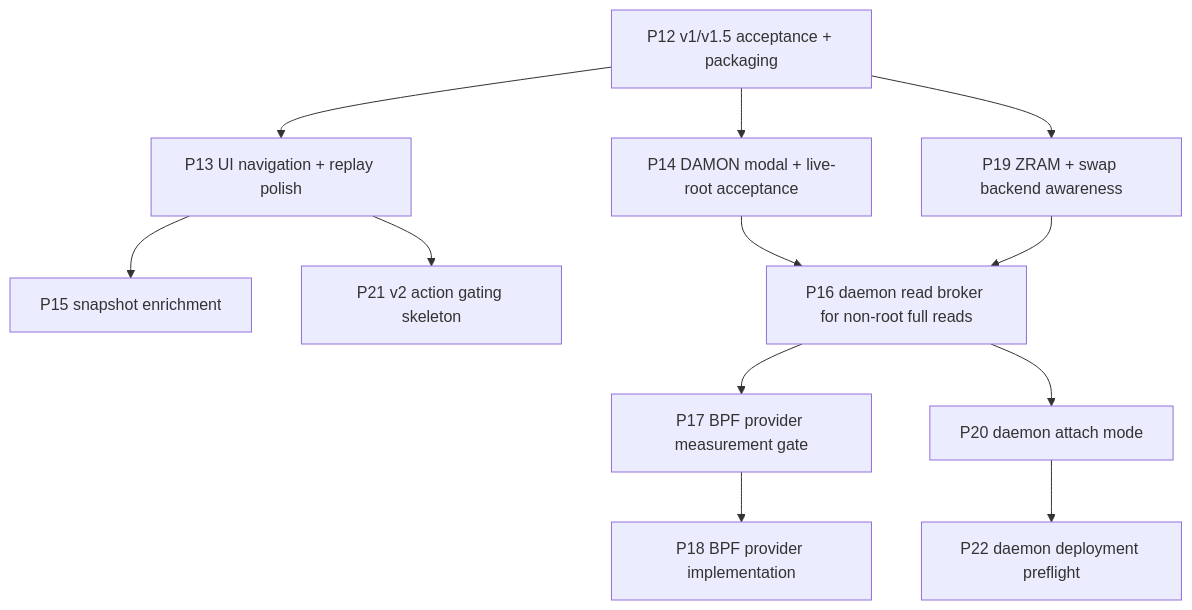
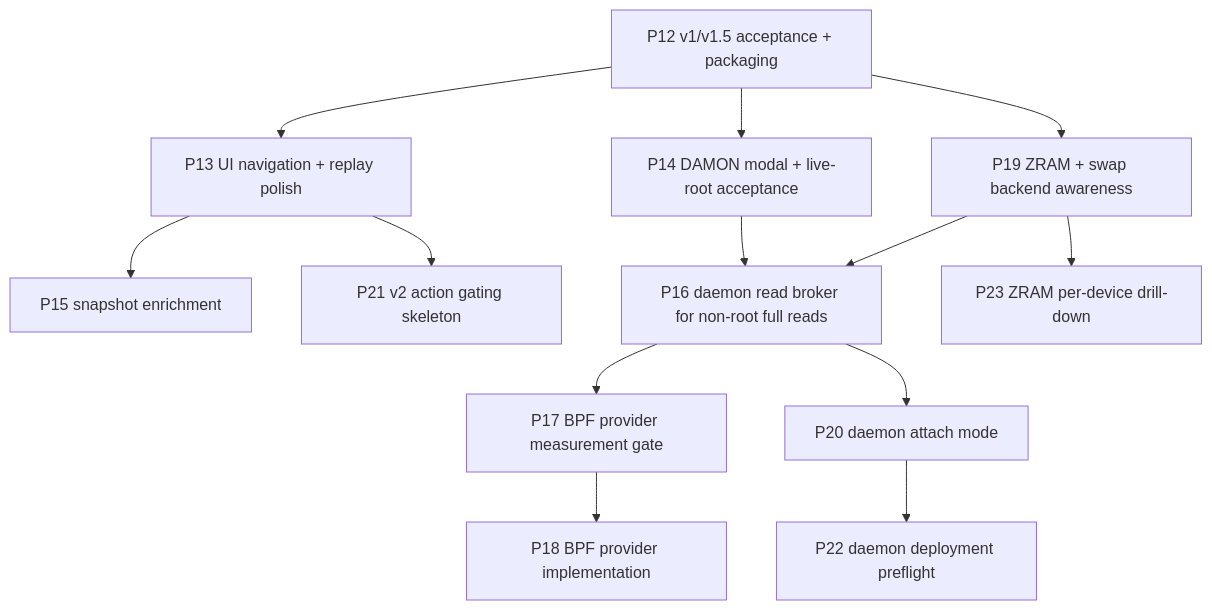
Before and after one commit to volkb79-2/vbpub: the diagram in groop/docs/ROADMAP.md, drawn with Mermaid. The commit also changed other lines of this file and 2 other files, not shown here.

Commit message:
docs(groop): carve P23 zram drilldown handoff

````diff
--- a/groop/docs/ROADMAP.md
+++ b/groop/docs/ROADMAP.md
@@ -27,14 +27,15 @@
 ```mermaid
 flowchart TD
     P12[P12 v1/v1.5 acceptance + packaging] --> P13[P13 UI navigation + replay polish]
     P12 --> P14[P14 DAMON modal + live-root acceptance]
     P13 --> P15[P15 snapshot enrichment]
     P12 --> P19[P19 ZRAM + swap backend awareness]
     P19 --> P16[P16 daemon read broker for non-root full reads]
     P14 --> P16
     P16 --> P17[P17 BPF provider measurement gate]
     P17 --> P18[P18 BPF provider implementation]
     P16 --> P20[P20 daemon attach mode]
     P20 --> P22[P22 daemon deployment preflight]
     P13 --> P21[P21 v2 action gating skeleton]
+    P19 --> P23[P23 ZRAM per-device drill-down]
 ```
````
